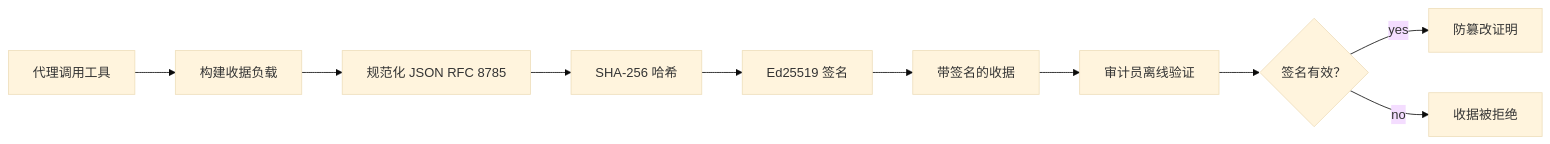
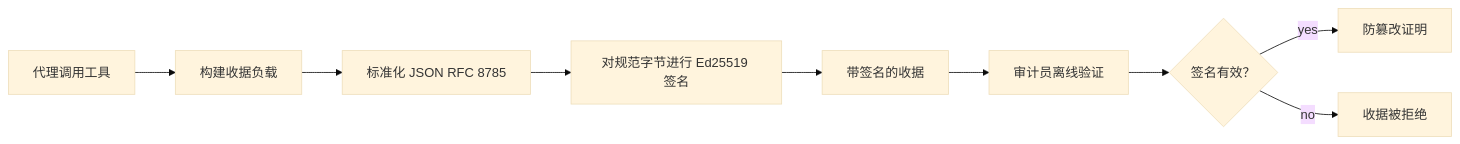
Before and after one commit to microsoft/ai-agents-for-beginners: the first of 2 diagrams in translations/zh-CN/18-securing-ai-agents/README.md, drawn with Mermaid (base theme). The commit also changed other lines of this file and 47 other files, not shown here.

````diff
--- a/translations/zh-CN/18-securing-ai-agents/README.md
+++ b/translations/zh-CN/18-securing-ai-agents/README.md
@@ -51,12 +51,11 @@
 ```mermaid
 flowchart LR
     A[代理调用工具] --> B[构建收据负载]
-    B --> C[规范化 JSON RFC 8785]
-    C --> D[SHA-256 哈希]
-    D --> E[Ed25519 签名]
+    B --> C[标准化 JSON RFC 8785]
+    C --> E[对规范字节进行 Ed25519 签名]
     E --> F[带签名的收据]
     F --> G[审计员离线验证]
     G --> H{签名有效？}
     H -- yes --> I[防篡改证明]
     H -- no --> J[收据被拒绝]
 ```
````
